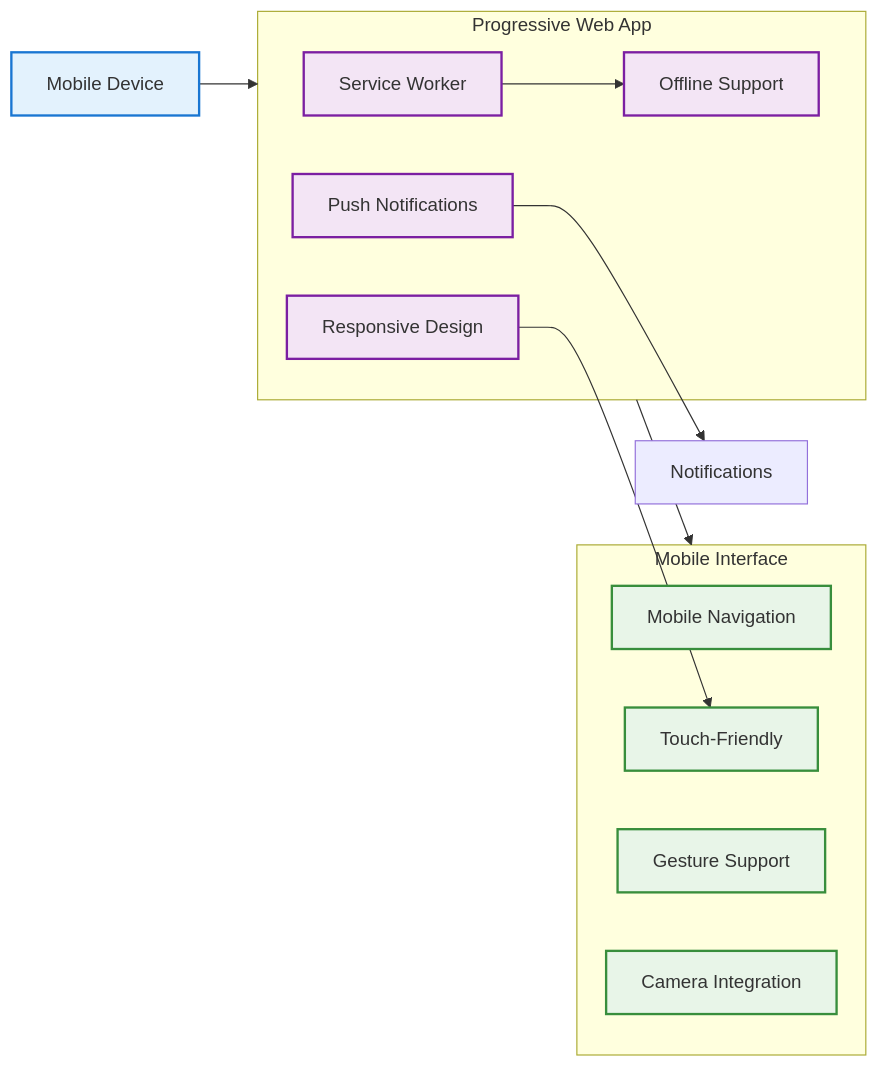
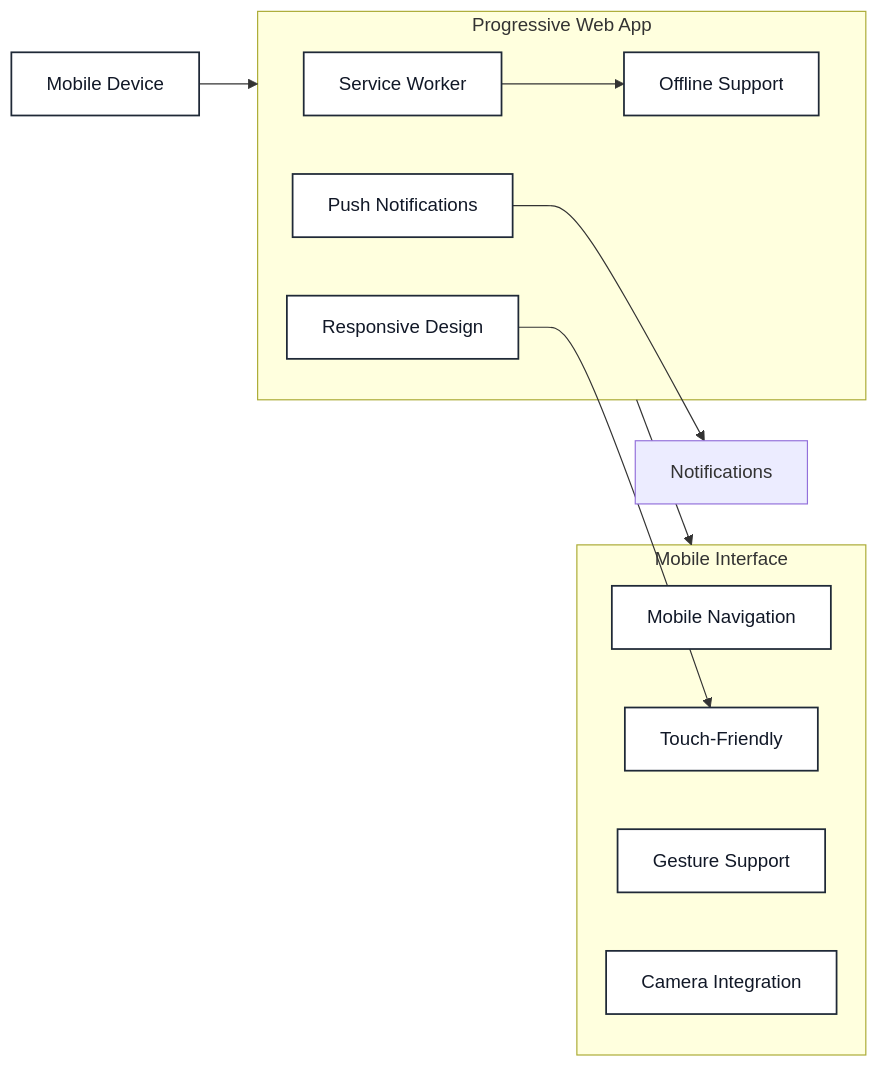
The seventh of 11 diagrams in ARCHITECTURE_DIAGRAMS.md (Om7035/student-market), drawn with Mermaid before and after one commit. The commit also changed other lines of this file, not shown here.

````diff
--- a/ARCHITECTURE_DIAGRAMS.md
+++ b/ARCHITECTURE_DIAGRAMS.md
@@ -374,32 +380,33 @@
 ```mermaid
+%%{init: { 'theme': 'base', 'themeVariables': { 'background': '#ffffff', 'primaryColor': '#ffffff', 'secondaryColor': '#ffffff', 'tertiaryColor': '#ffffff', 'primaryTextColor': '#111827', 'textColor': '#111827', 'titleColor': '#111827', 'lineColor': '#1f2937', 'primaryBorderColor': '#1f2937', 'defaultLinkColor': '#1f2937', 'edgeLabelBackground': '#ffffff', 'arrowheadColor': '#1f2937', 'clusterBkg': '#ffffff', 'clusterBorder': '#1f2937', 'fontFamily': 'Inter, ui-sans-serif, system-ui, -apple-system, Segoe UI, Roboto, Helvetica, Arial, "Apple Color Emoji", "Segoe UI Emoji"', 'fontSize': '14px' }, 'flowchart': { 'nodeSpacing': 40, 'rankSpacing': 60, 'padding': 12 } }}%%
 graph LR
     Mobile[Mobile Device] --> PWA[PWA Features]
     
     subgraph PWA [Progressive Web App]
         ServiceWorker[Service Worker]
         Responsive[Responsive Design]
         Offline[Offline Support]
         Push[Push Notifications]
     end
     
     PWA --> UI[Mobile UI Components]
     
     subgraph UI [Mobile Interface]
         Navigation[Mobile Navigation]
         Touch[Touch-Friendly]
         Gestures[Gesture Support]
         Camera[Camera Integration]
     end
     
     ServiceWorker --> Offline
     Responsive --> Touch
     Push --> Notifications
     
-    classDef mobileBox fill:#e3f2fd,stroke:#1976d2,stroke-width:2px
-    classDef pwaBox fill:#f3e5f5,stroke:#7b1fa2,stroke-width:2px
-    classDef uiBox fill:#e8f5e8,stroke:#388e3c,stroke-width:2px
+    classDef mobileBox fill:#ffffff,stroke:#1f2937,stroke-width:1.5px,color:#111827
+    classDef pwaBox fill:#ffffff,stroke:#1f2937,stroke-width:1.5px,color:#111827
+    classDef uiBox fill:#ffffff,stroke:#1f2937,stroke-width:1.5px,color:#111827
     
     class Mobile mobileBox
     class ServiceWorker,Responsive,Offline,Push pwaBox
     class Navigation,Touch,Gestures,Camera uiBox
 ```
````
